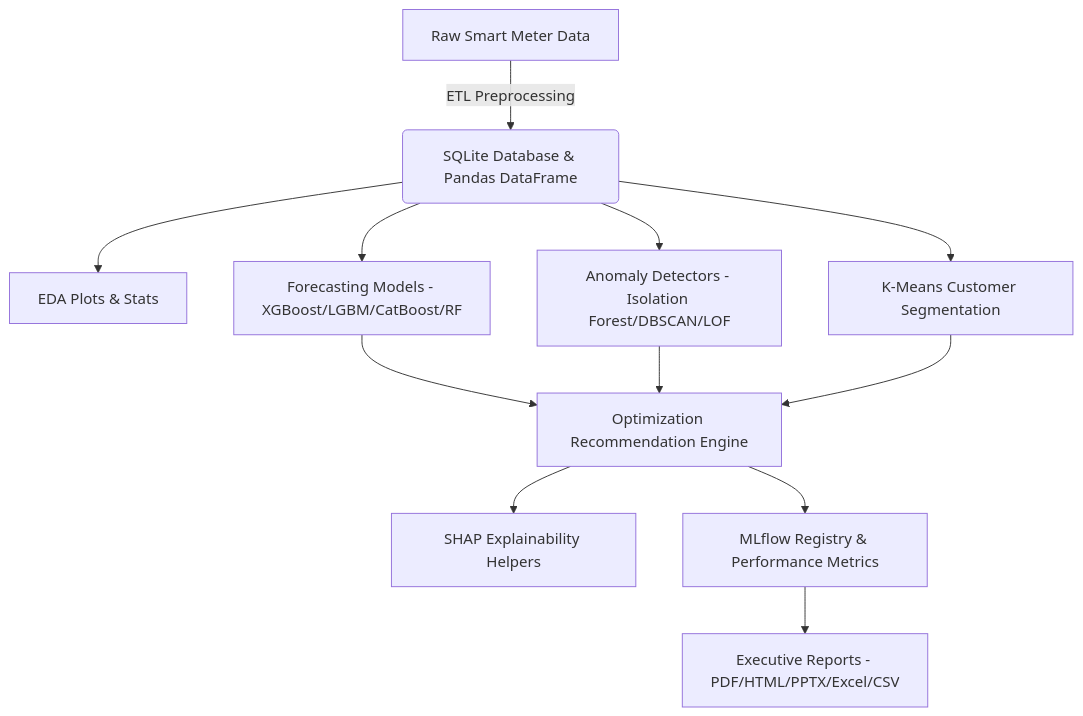
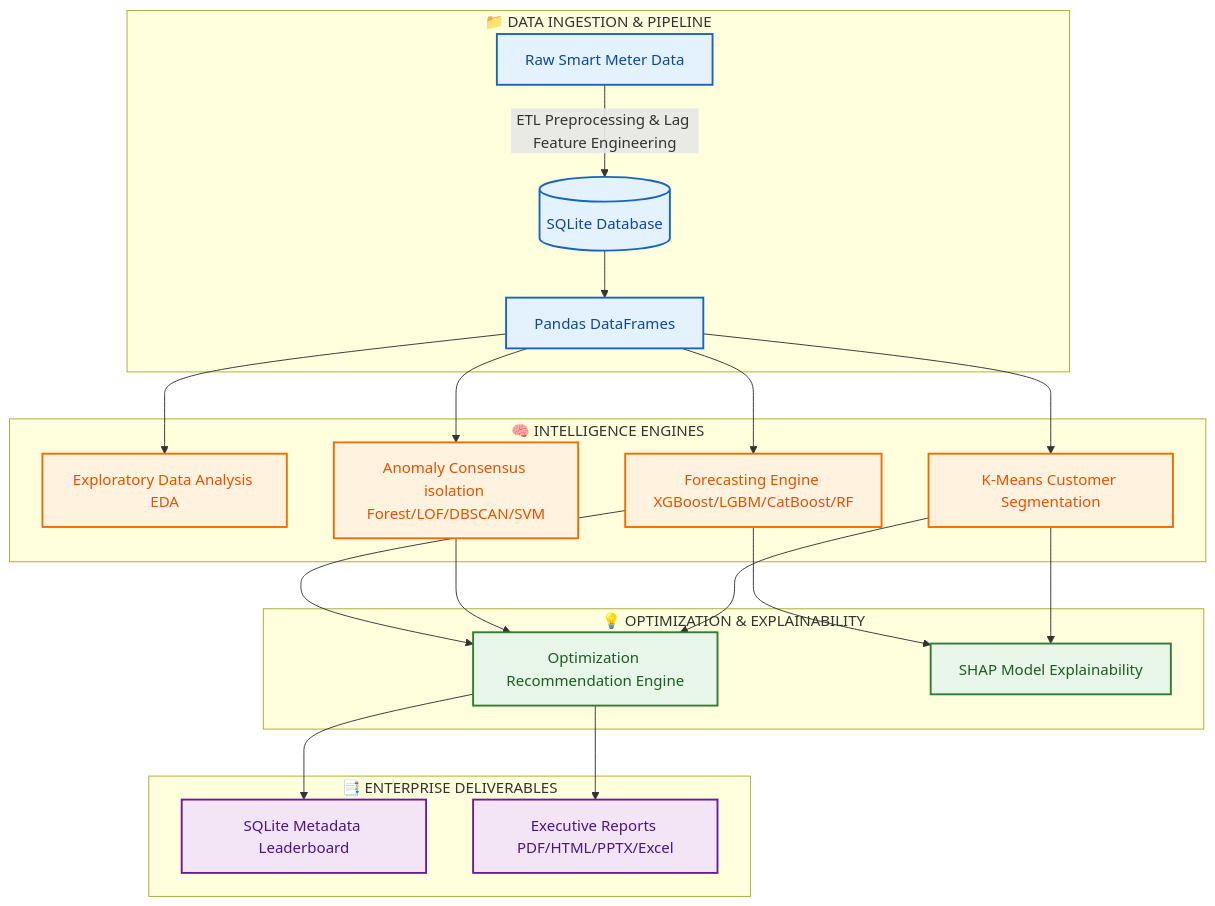
Before and after one commit to KartikMarwal25/energy-optimization-platform: the diagram in README.md, drawn with Mermaid. The commit also changed other lines of this file, not shown here.

Commit message:
readme updated

````diff
--- a/README.md
+++ b/README.md
@@ -9,12 +9,36 @@
 ```mermaid
-graph TD
-    A[Raw Smart Meter Data] -->|ETL Preprocessing| B(SQLite Database & Pandas DataFrame)
-    B --> C[EDA Plots & Stats]
-    B --> D[Forecasting Models - XGBoost/LGBM/CatBoost/RF]
-    B --> E[Anomaly Detectors - Isolation Forest/DBSCAN/LOF]
-    B --> F[K-Means Customer Segmentation]
-    D & E & F --> G[Optimization Recommendation Engine]
-    G --> H[SHAP Explainability Helpers]
-    G --> I[MLflow Registry & Performance Metrics]
-    I --> J[Executive Reports - PDF/HTML/PPTX/Excel/CSV]
+flowchart TB
+    %% Class Definitions
+    classDef data fill:#e3f2fd,stroke:#1565c0,stroke-width:2px,color:#0d47a1;
+    classDef model fill:#fff3e0,stroke:#ef6c00,stroke-width:2px,color:#e65100;
+    classDef opt fill:#e8f5e9,stroke:#2e7d32,stroke-width:2px,color:#1b5e20;
+    classDef report fill:#f3e5f5,stroke:#6a1b9a,stroke-width:2px,color:#4a148c;
+
+    subgraph Data_Pipeline ["📁 DATA INGESTION & PIPELINE"]
+        A[Raw Smart Meter Data] -->|ETL Preprocessing & Lag Feature Engineering| B[(SQLite Database)]
+        B --> C[Pandas DataFrames]
+    end
+
+    subgraph Analytical_Engines ["🧠 INTELLIGENCE ENGINES"]
+        C --> D[Exploratory Data Analysis EDA]
+        C --> E[Forecasting Engine XGBoost/LGBM/CatBoost/RF]
+        C --> F[Anomaly Consensus isolation Forest/LOF/DBSCAN/SVM]
+        C --> G[K-Means Customer Segmentation]
+    end
+
+    subgraph Optimization_Layer ["💡 OPTIMIZATION & EXPLAINABILITY"]
+        E & F & G --> H[Optimization Recommendation Engine]
+        E & G --> I[SHAP Model Explainability]
+    end
+
+    subgraph Output_Layer ["📑 ENTERPRISE DELIVERABLES"]
+        H --> K[SQLite Metadata Leaderboard]
+        H --> L[Executive Reports PDF/HTML/PPTX/Excel]
+    end
+
+    %% Class Assignments
+    class A,B,C data;
+    class D,E,F,G model;
+    class H,I opt;
+    class K,L report;
 ```
````
